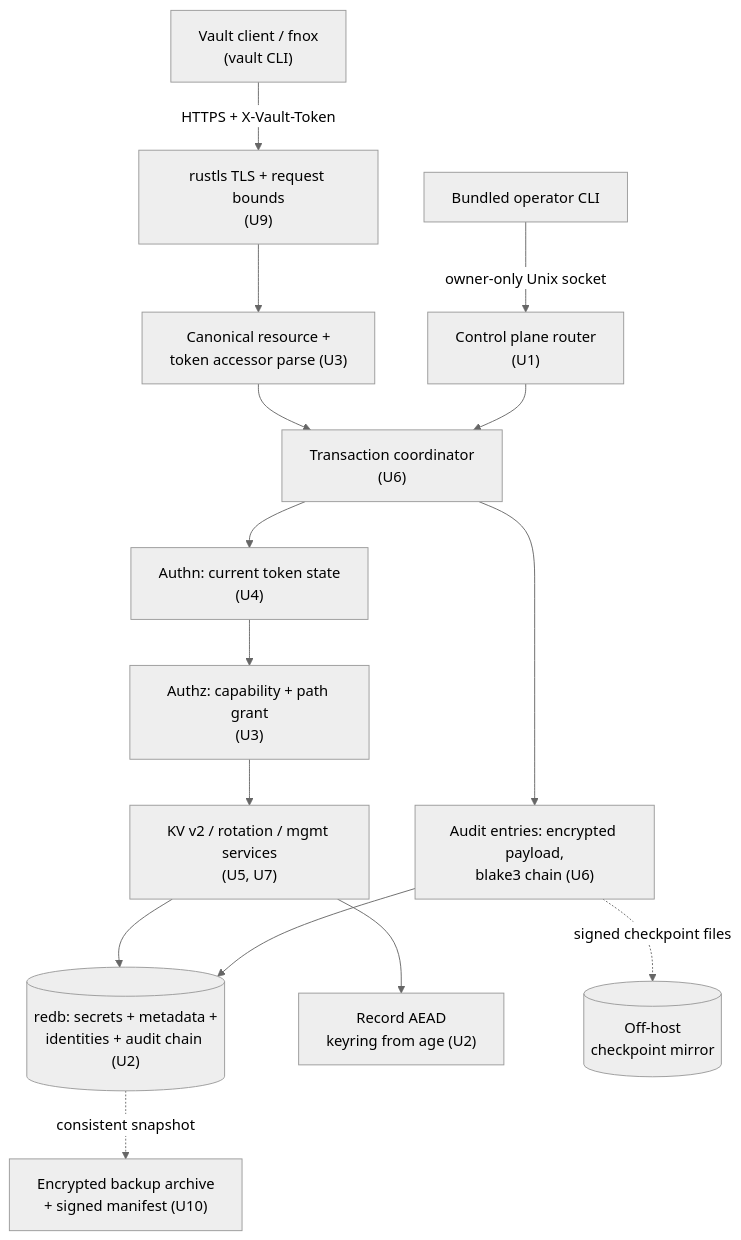
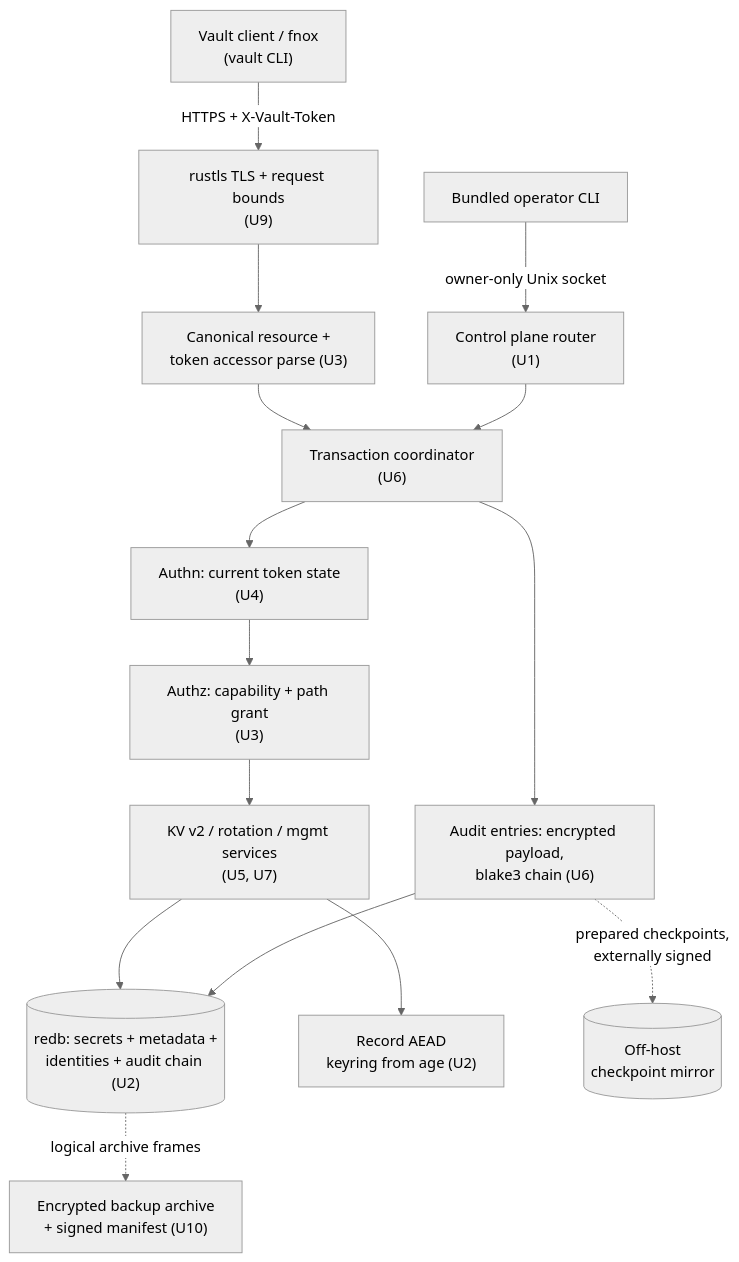
Before and after one commit to robertguss/ops-light-secrets-server: the second of 2 diagrams in docs/plans/2026-07-15-001-feat-ops-light-secrets-server-plan.md, drawn with Mermaid (neutral theme). The commit also changed other lines of this file and 1 other file, not shown here.

````diff
--- a/docs/plans/2026-07-15-001-feat-ops-light-secrets-server-plan.md
+++ b/docs/plans/2026-07-15-001-feat-ops-light-secrets-server-plan.md
@@ -1218,17 +1537,17 @@
 ```mermaid
 flowchart TB
   client["Vault client / fnox<br/>(vault CLI)"] -->|HTTPS + X-Vault-Token| tls["rustls TLS + request bounds<br/>(U9)"]
   cli["Bundled operator CLI"] -->|owner-only Unix socket| control["Control plane router<br/>(U1)"]
   tls --> parse["Canonical resource +<br/>token accessor parse (U3)"]
   parse --> txn["Transaction coordinator<br/>(U6)"]
   control --> txn
   txn --> authn["Authn: current token state<br/>(U4)"]
   authn --> authz["Authz: capability + path grant<br/>(U3)"]
   authz --> kv["KV v2 / rotation / mgmt services<br/>(U5, U7)"]
   kv --> store[("redb: secrets + metadata +<br/>identities + audit chain (U2)")]
   kv --> crypto["Record AEAD<br/>keyring from age (U2)"]
   txn --> audit["Audit entries: encrypted payload,<br/>blake3 chain (U6)"]
   audit --> store
-  audit -.->|signed checkpoint files| offhost[("Off-host<br/>checkpoint mirror")]
-  store -.->|consistent snapshot| backup["Encrypted backup archive<br/>+ signed manifest (U10)"]
+  audit -.->|prepared checkpoints,<br/>externally signed| offhost[("Off-host<br/>checkpoint mirror")]
+  store -.->|logical archive frames| backup["Encrypted backup archive<br/>+ signed manifest (U10)"]
 ```
````
